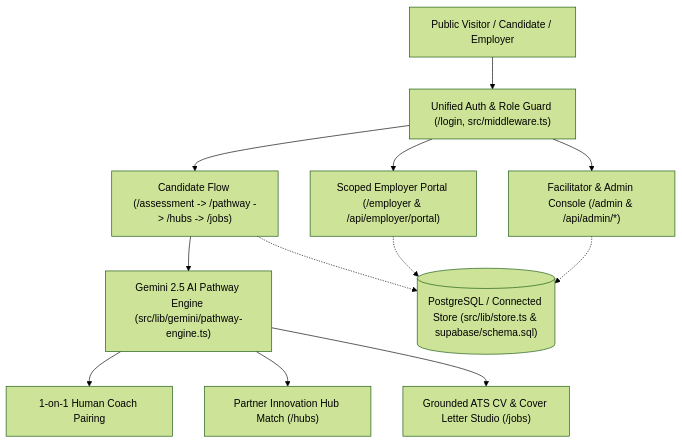
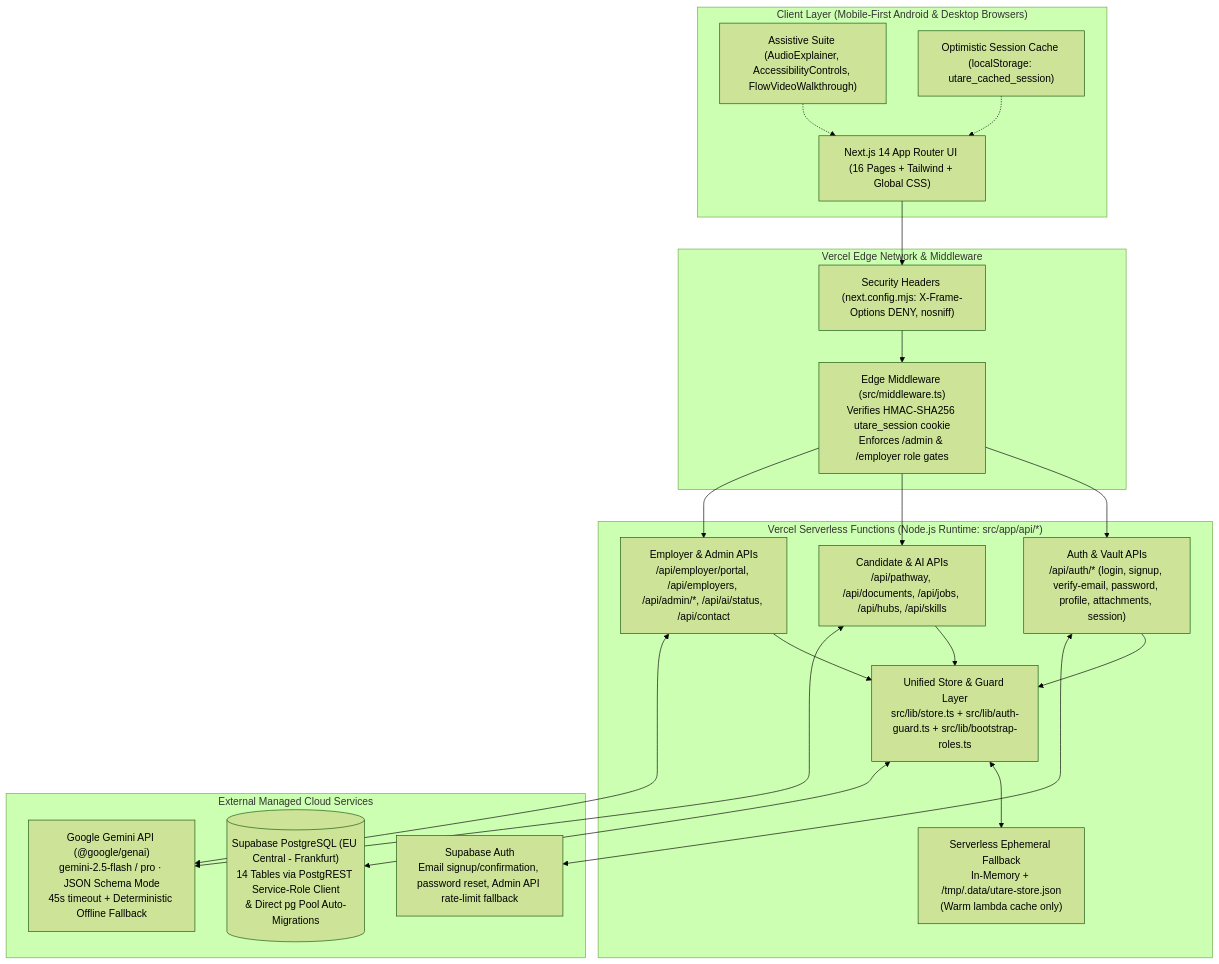
One commit to mangezi64/utare-zisedu-mvp changed the first of 2 diagrams in docs/ARCHITECTURE_AND_TEAM_GUIDE.md. Above: the diagram before and after it, drawn with Mermaid (forest theme). The commit also changed other lines of this file and 40 other files, not shown here.

Commit message:
feat(safety,privacy,security): implement Kutunga Safety by Design, Zimbabwe Data Policy, security hardening & UX password feedback

````diff
--- a/docs/ARCHITECTURE_AND_TEAM_GUIDE.md
+++ b/docs/ARCHITECTURE_AND_TEAM_GUIDE.md
@@ -9,16 +9,38 @@
 ```mermaid
-flowchart TD
-    Visitor["Public Visitor / Candidate / Employer"] --> Auth["Unified Auth & Role Guard (/login, src/middleware.ts)"]
-    Auth --> CandidateFlow["Candidate Flow (/assessment -> /pathway -> /hubs -> /jobs)"]
-    Auth --> EmployerFlow["Scoped Employer Portal (/employer & /api/employer/portal)"]
-    Auth --> AdminFlow["Facilitator & Admin Console (/admin & /api/admin/*)"]
+flowchart TB
+    subgraph Client["Client Layer (Mobile-First Android & Desktop Browsers)"]
+        UI["Next.js 14 App Router UI (16 Pages + Tailwind + Global CSS)"]
+        Assistive["Assistive Suite (AudioExplainer, AccessibilityControls, FlowVideoWalkthrough)"]
+        LocalCache["Optimistic Session Cache (localStorage: utare_cached_session)"]
+    end
 
-    CandidateFlow --> Engine["Gemini 2.5 AI Pathway Engine (src/lib/gemini/pathway-engine.ts)"]
-    Engine --> Coach["1-on-1 Human Coach Pairing"]
-    Engine --> Hub["Partner Innovation Hub Match (/hubs)"]
-    Engine --> Studio["Grounded ATS CV & Cover Letter Studio (/jobs)"]
+    subgraph VercelEdge["Vercel Edge Network & Middleware"]
+        Headers["Security Headers (next.config.mjs: X-Frame-Options DENY, nosniff)"]
+        Middleware["Edge Middleware (src/middleware.ts)\nVerifies HMAC-SHA256 utare_session cookie\nEnforces /admin & /employer role gates"]
+    end
 
-    CandidateFlow -.-> Store[("PostgreSQL / Connected Store (src/lib/store.ts & supabase/schema.sql)")]
-    EmployerFlow -.-> Store
-    AdminFlow -.-> Store
+    subgraph VercelServerless["Vercel Serverless Functions (Node.js Runtime: src/app/api/*)"]
+        AuthAPI["Auth & Vault APIs\n/api/auth/* (login, signup, verify-email, password, profile, attachments, session)"]
+        CandidateAPI["Candidate & AI APIs\n/api/pathway, /api/documents, /api/jobs, /api/hubs, /api/skills"]
+        PortalAPI["Employer & Admin APIs\n/api/employer/portal, /api/employers, /api/admin/*, /api/ai/status, /api/contact"]
+        StoreEngine["Unified Store & Guard Layer\nsrc/lib/store.ts + src/lib/auth-guard.ts + src/lib/bootstrap-roles.ts"]
+        FallbackTmp["Serverless Ephemeral Fallback\nIn-Memory + /tmp/.data/utare-store.json\n(Warm lambda cache only)"]
+    end
+
+    subgraph CloudServices["External Managed Cloud Services"]
+        SupabaseAuth["Supabase Auth\nEmail signup/confirmation, password reset, Admin API rate-limit fallback"]
+        SupabaseDB[("Supabase PostgreSQL (EU Central - Frankfurt)\n14 Tables via PostgREST Service-Role Client\n& Direct pg Pool Auto-Migrations")]
+        GeminiAPI["Google Gemini API (@google/genai)\ngemini-2.5-flash / pro · JSON Schema Mode\n45s timeout + Deterministic Offline Fallback"]
+    end
+
+    UI --> Headers --> Middleware
+    Assistive -.-> UI
+    LocalCache -.-> UI
+    Middleware --> AuthAPI & CandidateAPI & PortalAPI
+    AuthAPI & CandidateAPI & PortalAPI --> StoreEngine
+    StoreEngine <--> FallbackTmp
+    AuthAPI <--> SupabaseAuth
+    StoreEngine <--> SupabaseDB
+    CandidateAPI <--> GeminiAPI
+    PortalAPI <--> GeminiAPI
 ```
````
